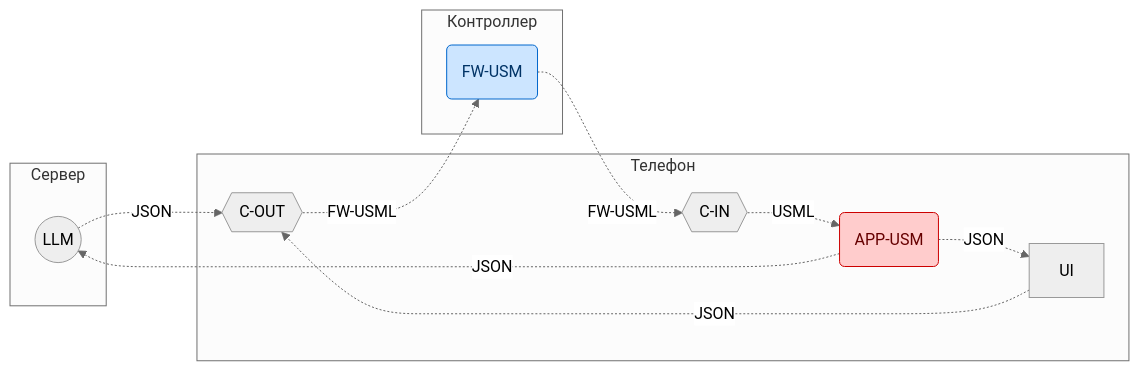
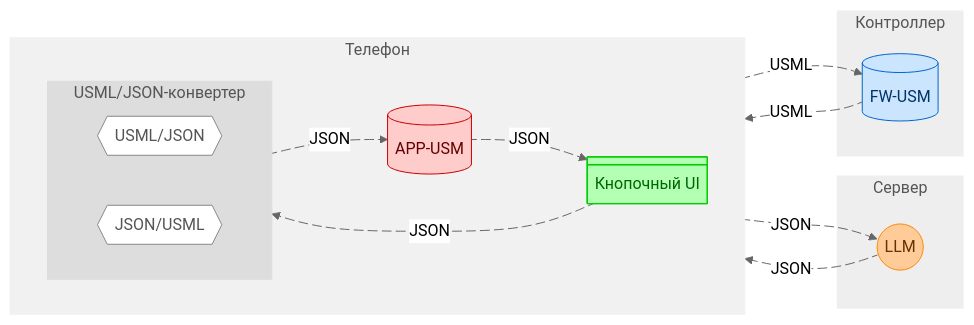
The diagram in PDS/SynapsePDS_USML.md (KhudyakovAlex/Synapse), drawn with Mermaid (neutral theme) before and after one commit. The commit also changed other lines of this file and 7 other files, not shown here.

Commit message:
Update documentation: fix typos, numbering, and flowchart colors

````diff
--- a/PDS/SynapsePDS_USML.md
+++ b/PDS/SynapsePDS_USML.md
@@ -27,28 +27,49 @@
 ```mermaid
 flowchart LR
     subgraph Сервер
-        LLM((LLM))
+      LLM((LLM))
     end
 
     subgraph Телефон
-        UI[UI]
-        APPUSM(APP-USM)
-        C-IN{{C-IN}}
-        C-OUT{{C-OUT}}
+      direction LR
+      UI@{ shape: div-rect, label: "Кнопочный UI" }
+      APPUSM@{ shape: cyl, label: "APP-USM" }
+
+      subgraph USML/JSON-конвертер
+        direction LR
+        C-IN{{USML/JSON}}
+        C-OUT{{JSON/USML}}
+      end  
     end
   
     subgraph Контроллер
-        FWUSM(FW-USM)
+      FWUSM@{ shape: cyl, label: "FW-USM" }
     end
 
-    APPUSM-.JSON.->UI
-    APPUSM-.JSON.->LLM
-    LLM-.JSON.->C-OUT
-    UI-.JSON.->C-OUT
-    C-OUT-.FW-USML.->FWUSM
-    FWUSM-.FW-USML.->C-IN
-    C-IN-.USML.->APPUSM
+    APPUSM e1@-.JSON.-> UI
+    APPUSM e2@-.JSON.-> LLM
+    LLM e3@-.JSON.-> C-OUT
+    UI e4@-.JSON.-> C-OUT
+    C-OUT e5@-.USML.-> FWUSM
+    FWUSM e6@-.USML.-> C-IN
+    C-IN e7@-.JSON.-> APPUSM
 
+    style Сервер fill:#eeeeee,stroke:#eeeeee,color:#555555
+    style USML/JSON-конвертер fill:#dddddd,stroke:#dddddd,color:#555555
+    style Телефон fill:#f1f1f1,stroke:#f1f1f1,color:#555555
+    style Контроллер fill:#eeeeee,stroke:#eeeeee,color:#555555
+    style LLM fill:#ffcc99,stroke:#ff8800,color:#663300
+    style UI fill:#b3ffb3,stroke:#00cc00,color:#006600
     style APPUSM fill:#ffcccc,stroke:#cc0000,color:#660000
     style FWUSM fill:#cce5ff,stroke:#0066cc,color:#003366
+    style C-IN fill:#ffffff,stroke:#888888,color:#555555
+    style C-OUT fill:#ffffff,stroke:#888888,color:#555555
+
+    e1@{ animation: slow }
+    e2@{ animation: slow }
+    e3@{ animation: slow }
+    e4@{ animation: slow }
+    e5@{ animation: slow }
+    e6@{ animation: slow }
+    e7@{ animation: slow }
 ```
````
